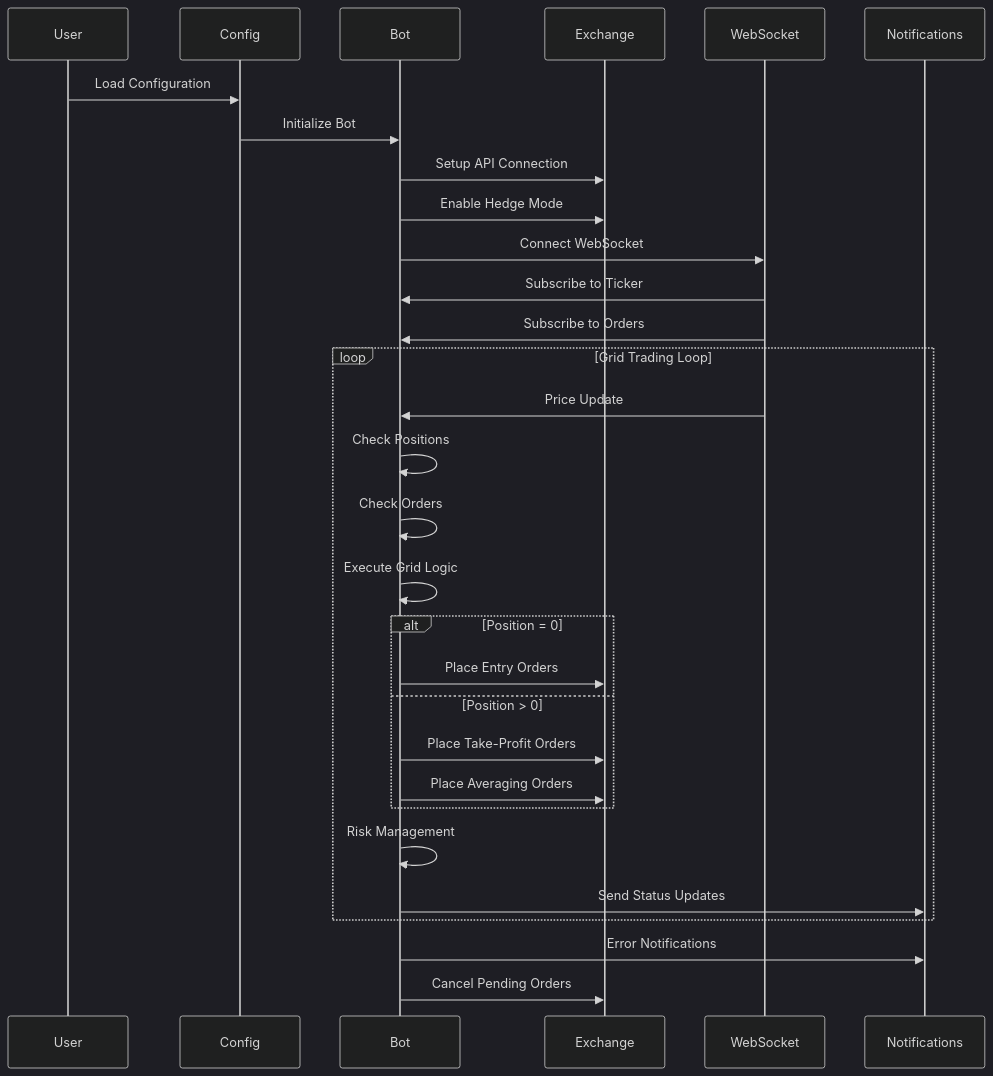
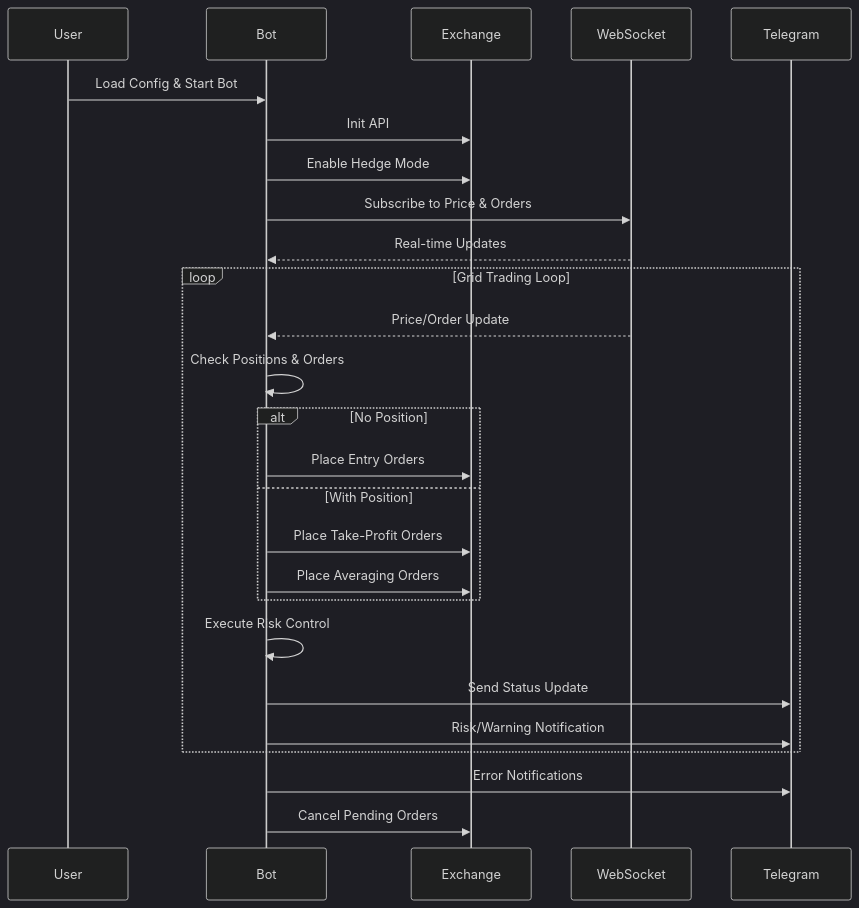
One commit to aoooeg/AS-Grid changed the fourth of 4 diagrams in README.md. Above: the diagram before and after it, drawn with Mermaid (dark theme). The commit also changed other lines of this file and 1 other file, not shown here.

Commit message:
Optimize Mermaid diagrams: improve readability and structure

````diff
--- a/README.md
+++ b/README.md
@@ -150,37 +157,31 @@
 ```mermaid
 sequenceDiagram
-    participant U as User
-    participant C as Config
-    participant B as Bot
-    participant E as Exchange
-    participant W as WebSocket
-    participant N as Notifications
-    
-    U->>C: Load Configuration
-    C->>B: Initialize Bot
-    B->>E: Setup API Connection
-    B->>E: Enable Hedge Mode
-    B->>W: Connect WebSocket
-    W->>B: Subscribe to Ticker
-    W->>B: Subscribe to Orders
-    
+    participant User
+    participant Bot
+    participant Exchange
+    participant WS as WebSocket
+    participant TG as Telegram
+
+    User->>Bot: Load Config & Start Bot
+    Bot->>Exchange: Init API
+    Bot->>Exchange: Enable Hedge Mode
+    Bot->>WS: Subscribe to Price & Orders
+    WS-->>Bot: Real-time Updates
+
     loop Grid Trading Loop
-        W->>B: Price Update
-        B->>B: Check Positions
-        B->>B: Check Orders
-        B->>B: Execute Grid Logic
-        
-        alt Position = 0
-            B->>E: Place Entry Orders
-        else Position > 0
-            B->>E: Place Take-Profit Orders
-            B->>E: Place Averaging Orders
+        WS-->>Bot: Price/Order Update
+        Bot->>Bot: Check Positions & Orders
+        alt No Position
+            Bot->>Exchange: Place Entry Orders
+        else With Position
+            Bot->>Exchange: Place Take-Profit Orders
+            Bot->>Exchange: Place Averaging Orders
         end
-        
-        B->>B: Risk Management
-        B->>N: Send Status Updates
+        Bot->>Bot: Execute Risk Control
+        Bot->>TG: Send Status Update
+        Bot->>TG: Risk/Warning Notification
     end
-    
-    B->>N: Error Notifications
-    B->>E: Cancel Pending Orders
+
+    Bot->>TG: Error Notifications
+    Bot->>Exchange: Cancel Pending Orders
 ```
````
